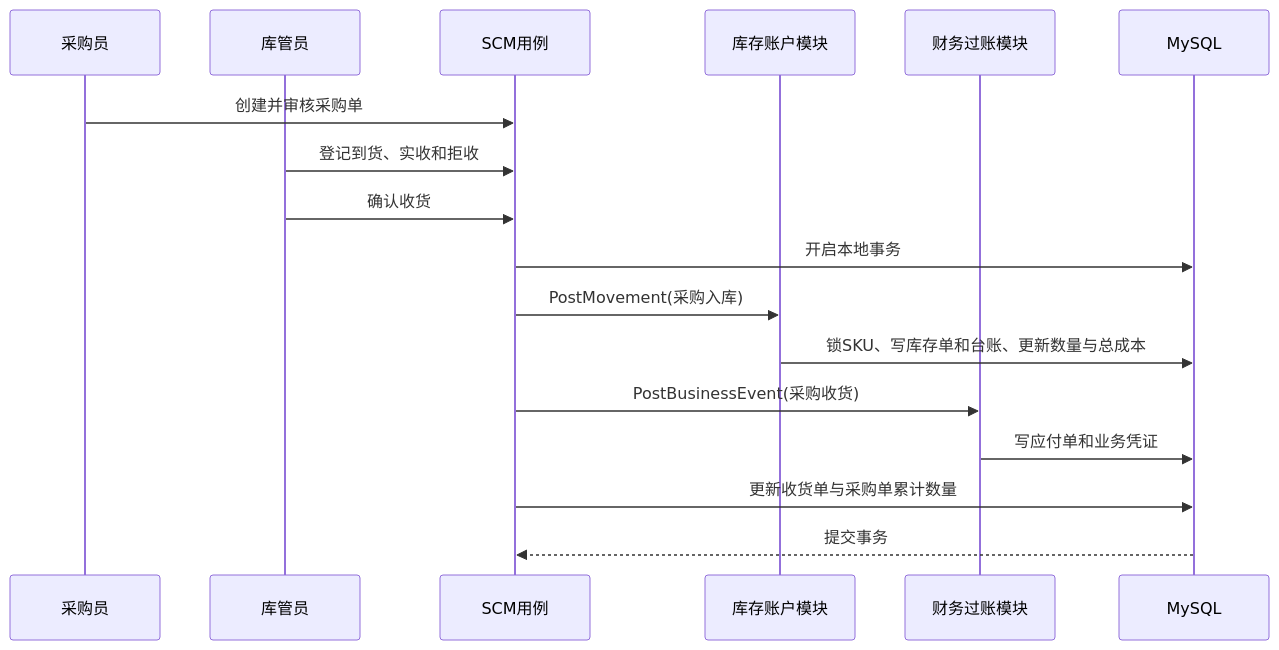
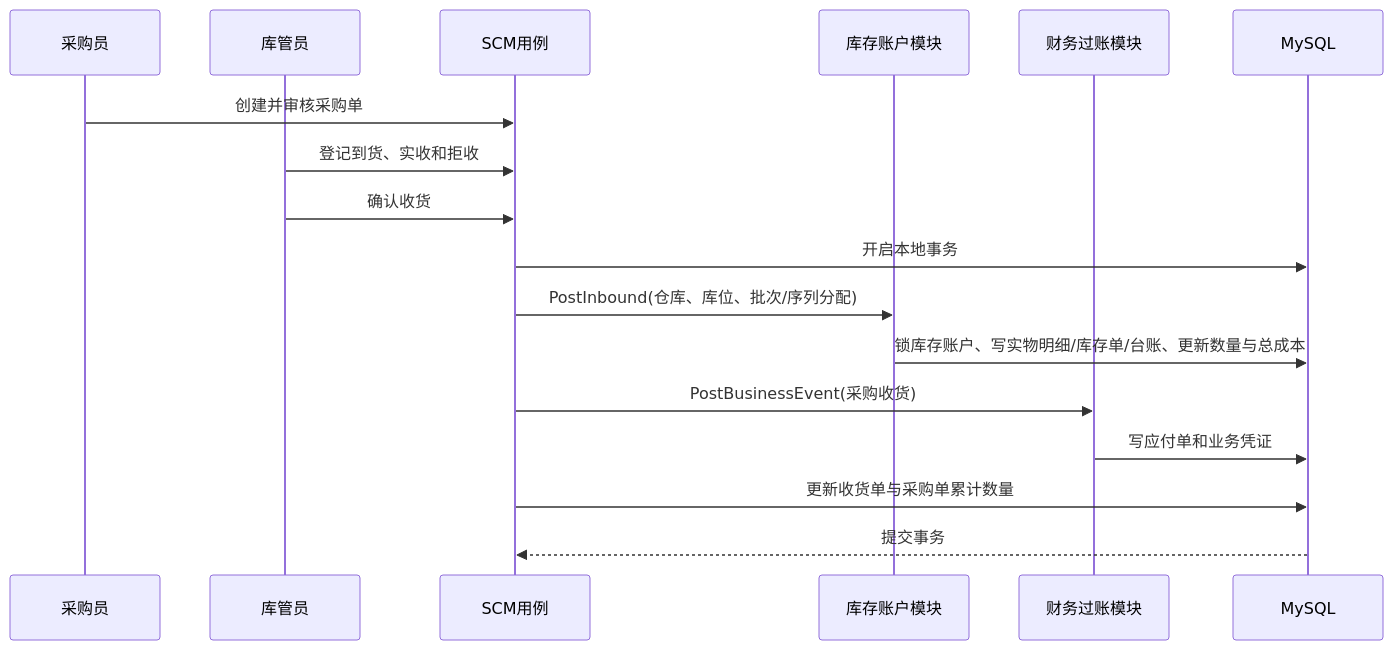
Before and after one commit to liujitcn/shop: the second of 4 diagrams in docs/进销存财务系统设计.md, drawn with Mermaid. The commit also changed other lines of this file and 2 other files, not shown here.

````diff
--- a/docs/进销存财务系统设计.md
+++ b/docs/进销存财务系统设计.md
@@ -1082,20 +1497,20 @@
 ```mermaid
 sequenceDiagram
   participant P as 采购员
   participant K as 库管员
   participant SCM as SCM用例
   participant STOCK as 库存账户模块
   participant FIN as 财务过账模块
   participant DB as MySQL
 
   P->>SCM: 创建并审核采购单
   K->>SCM: 登记到货、实收和拒收
   K->>SCM: 确认收货
   SCM->>DB: 开启本地事务
-  SCM->>STOCK: PostMovement(采购入库)
-  STOCK->>DB: 锁SKU、写库存单和台账、更新数量与总成本
+  SCM->>STOCK: PostInbound(仓库、库位、批次/序列分配)
+  STOCK->>DB: 锁库存账户、写实物明细/库存单/台账、更新数量与总成本
   SCM->>FIN: PostBusinessEvent(采购收货)
   FIN->>DB: 写应付单和业务凭证
   SCM->>DB: 更新收货单与采购单累计数量
   DB-->>SCM: 提交事务
 ```
````
